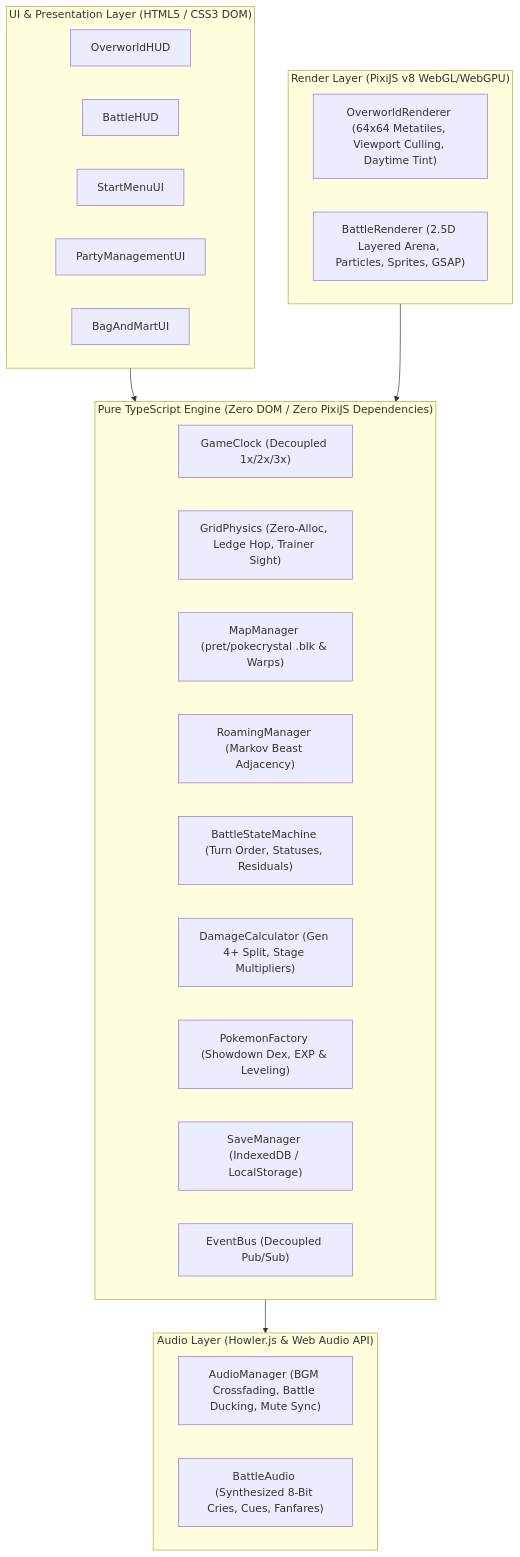
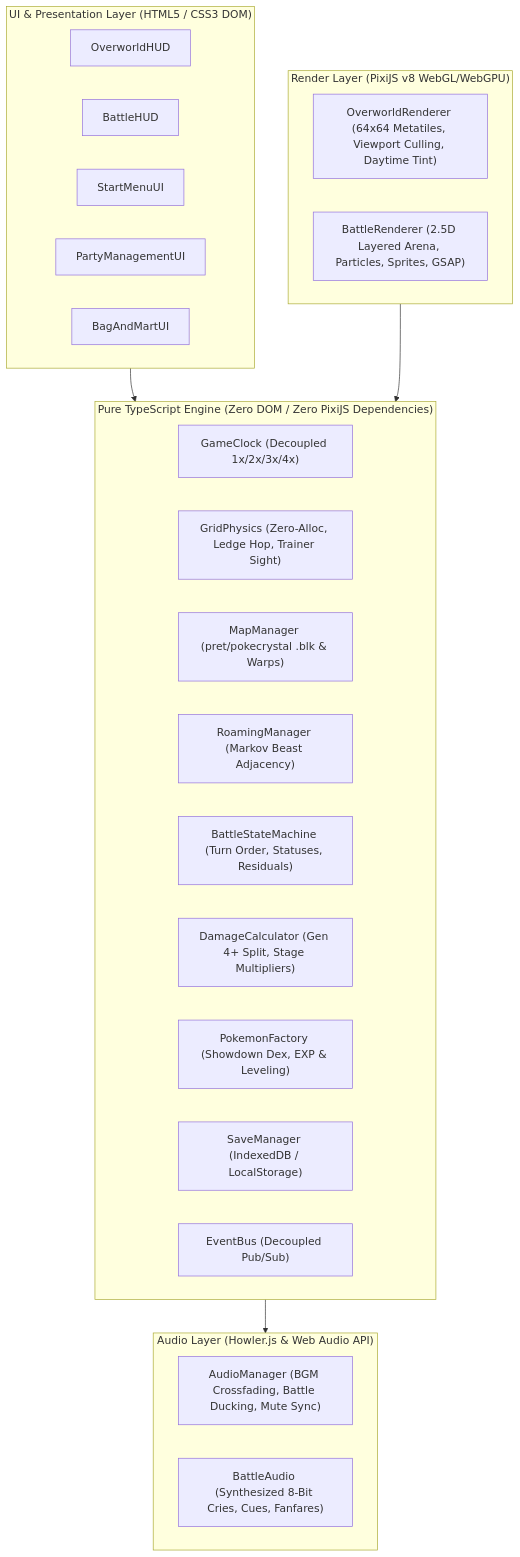
One commit to jbveiga/crystal-overdrive changed the diagram in ARCHITECTURE.md. Above: the diagram before and after it, drawn with Mermaid. The commit also changed other lines of this file and 7 other files, not shown here.

````diff
--- a/ARCHITECTURE.md
+++ b/ARCHITECTURE.md
@@ -13,36 +13,36 @@
 ```mermaid
 flowchart TD
     subgraph UI_Layer["UI & Presentation Layer (HTML5 / CSS3 DOM)"]
         OHUD["OverworldHUD"]
         BHUD["BattleHUD"]
         SM["StartMenuUI"]
         PM["PartyManagementUI"]
         BM["BagAndMartUI"]
     end
 
     subgraph Render_Layer["Render Layer (PixiJS v8 WebGL/WebGPU)"]
         OR["OverworldRenderer (64x64 Metatiles, Viewport Culling, Daytime Tint)"]
         BR["BattleRenderer (2.5D Layered Arena, Particles, Sprites, GSAP)"]
     end
 
     subgraph Pure_Logic["Pure TypeScript Engine (Zero DOM / Zero PixiJS Dependencies)"]
-        GC["GameClock (Decoupled 1x/2x/3x)"]
+        GC["GameClock (Decoupled 1x/2x/3x/4x)"]
         GP["GridPhysics (Zero-Alloc, Ledge Hop, Trainer Sight)"]
         MM["MapManager (pret/pokecrystal .blk & Warps)"]
         RM["RoamingManager (Markov Beast Adjacency)"]
         BSM["BattleStateMachine (Turn Order, Statuses, Residuals)"]
         DC["DamageCalculator (Gen 4+ Split, Stage Multipliers)"]
         PF["PokemonFactory (Showdown Dex, EXP & Leveling)"]
         SMAN["SaveManager (IndexedDB / LocalStorage)"]
         EB["EventBus (Decoupled Pub/Sub)"]
     end
 
     subgraph Audio_Layer["Audio Layer (Howler.js & Web Audio API)"]
         AM["AudioManager (BGM Crossfading, Battle Ducking, Mute Sync)"]
         BA["BattleAudio (Synthesized 8-Bit Cries, Cues, Fanfares)"]
     end
 
     UI_Layer --> Pure_Logic
     Render_Layer --> Pure_Logic
     Pure_Logic --> Audio_Layer
 ```
````
